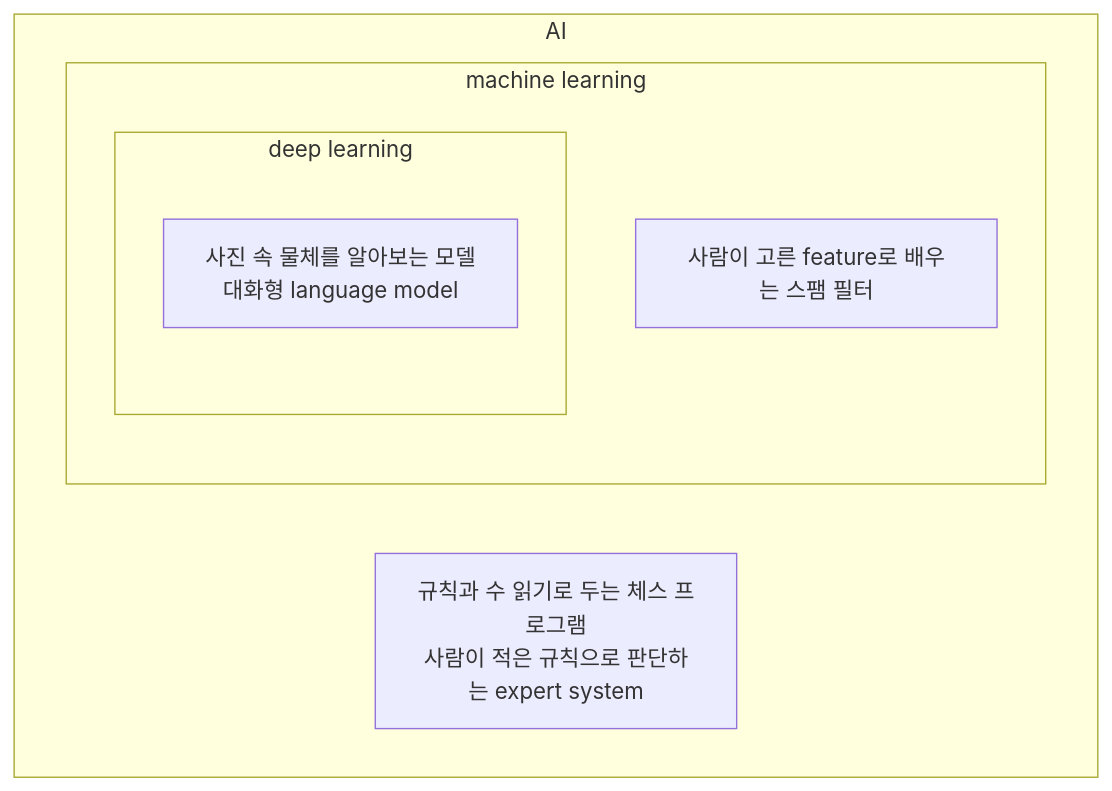
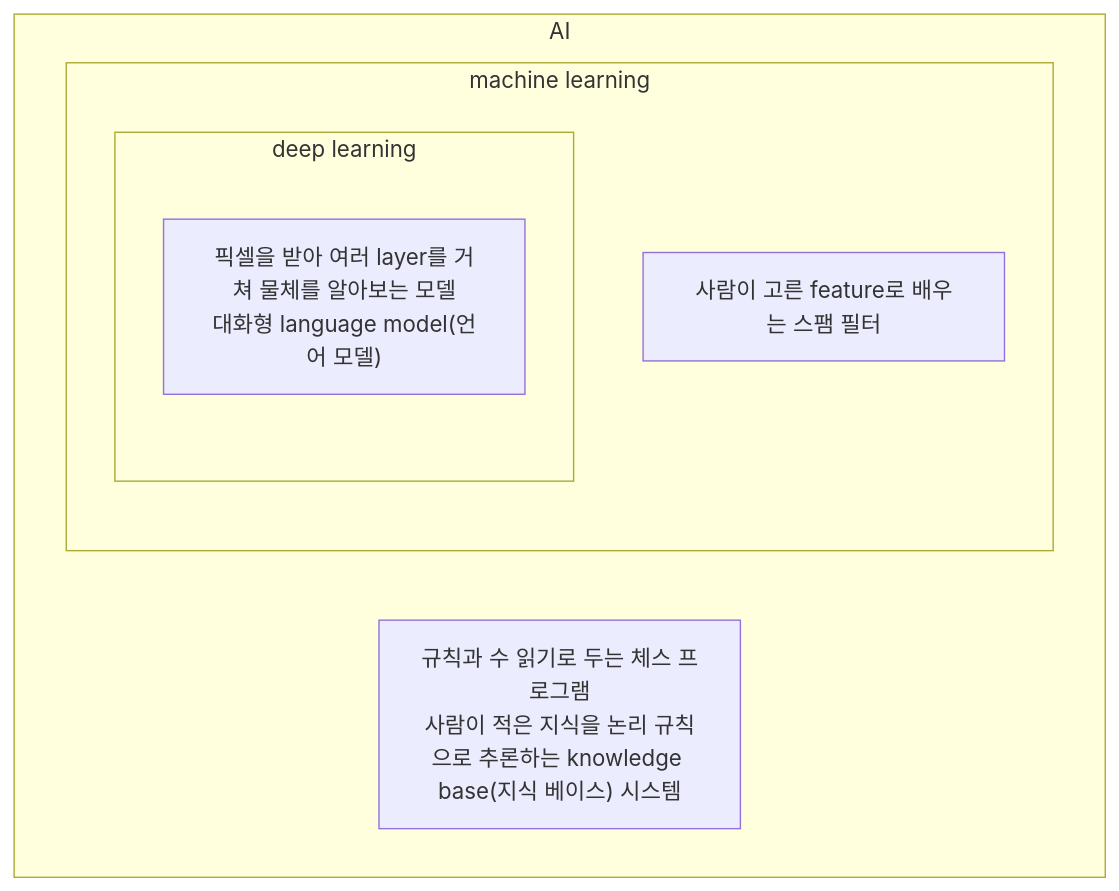
One commit to dipi0123/ai-insight-notes changed the first of 3 diagrams in book/part01-big-picture/01-01-ai-ml-dl.md. Above: the diagram before and after it, drawn with Mermaid. The commit also changed other lines of this file and 11 other files, not shown here.

````diff
--- a/book/part01-big-picture/01-01-ai-ml-dl.md
+++ b/book/part01-big-picture/01-01-ai-ml-dl.md
@@ -44,12 +46,12 @@
 ```mermaid
 flowchart TB
   subgraph AI["AI"]
-    A1["규칙과 수 읽기로 두는 체스 프로그램<br/>사람이 적은 규칙으로 판단하는 expert system"]
+    A1["규칙과 수 읽기로 두는 체스 프로그램<br/>사람이 적은 지식을 논리 규칙으로 추론하는 knowledge base(지식 베이스) 시스템"]
     subgraph ML["machine learning"]
       M1["사람이 고른 feature로 배우는 스팸 필터"]
       subgraph DL["deep learning"]
-        D1["사진 속 물체를 알아보는 모델<br/>대화형 language model"]
+        D1["픽셀을 받아 여러 layer를 거쳐 물체를 알아보는 모델<br/>대화형 language model(언어 모델)"]
       end
     end
   end
 ```
````
